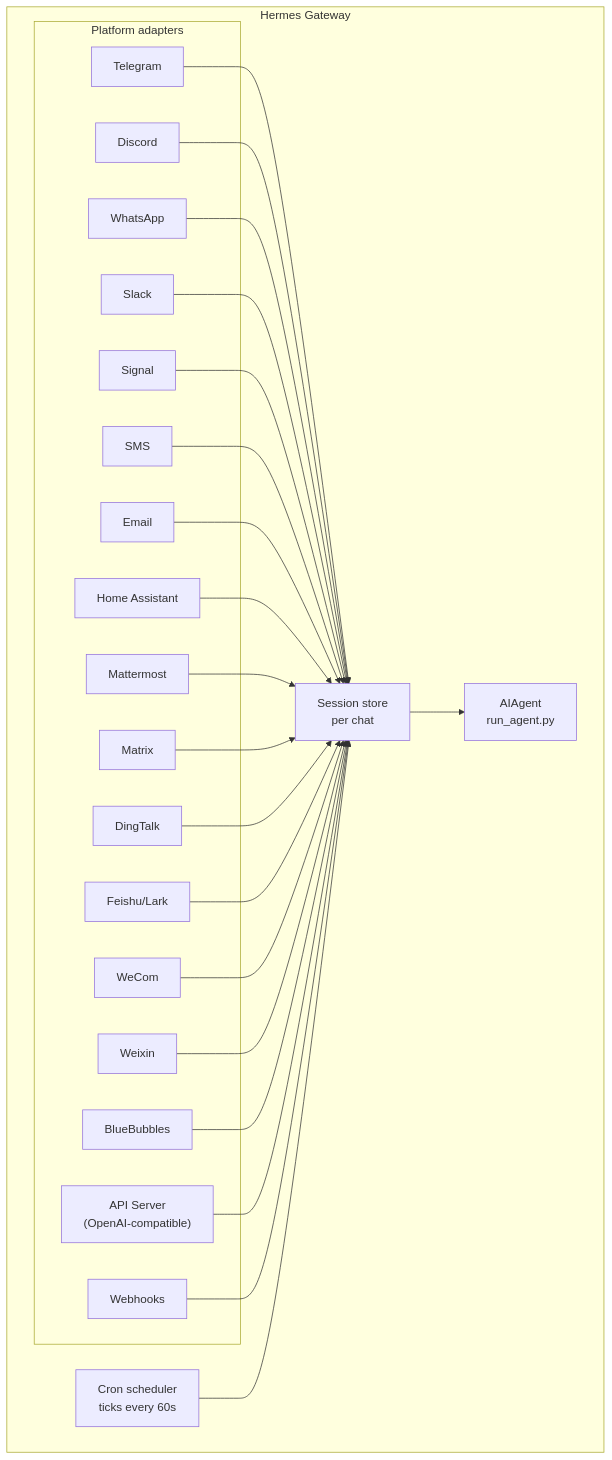
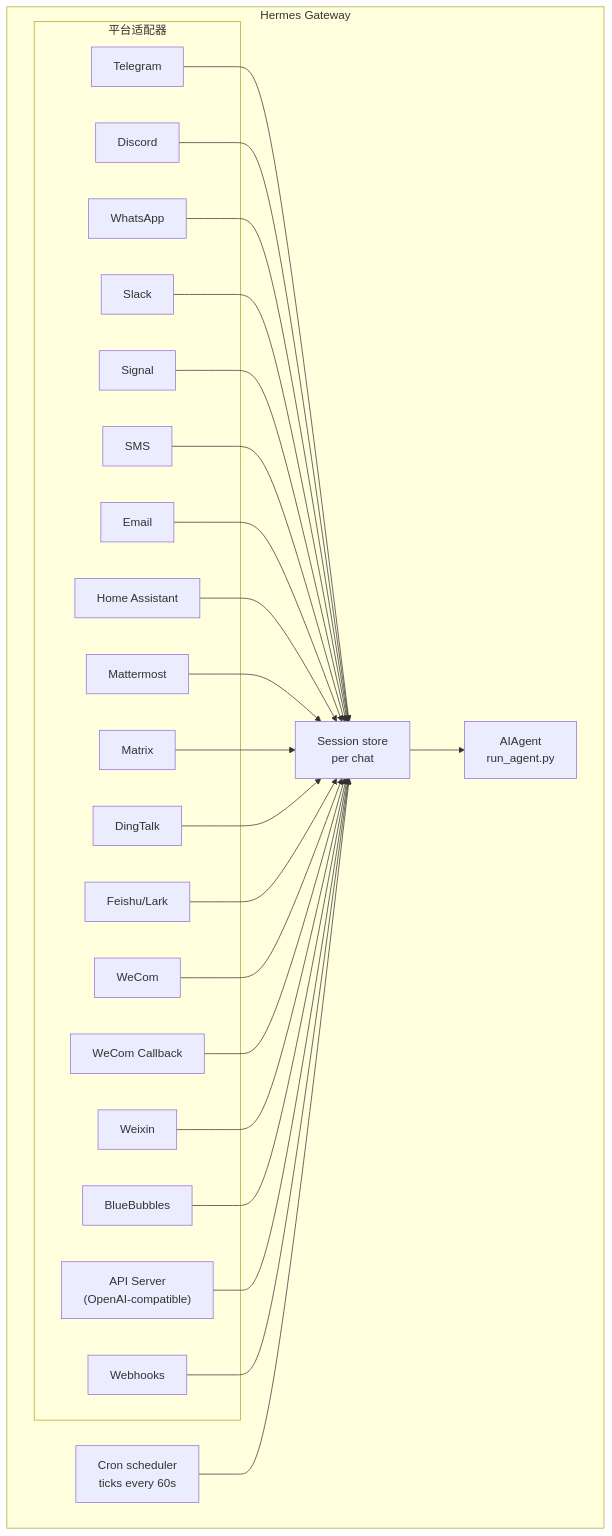
Before and after one commit to dracohu2025-cloud/hermes-agent: the diagram in site/docs/user-guide/messaging/index.md, drawn with Mermaid. The commit also changed other lines of this file and 46 other files, not shown here.

````diff
--- a/site/docs/user-guide/messaging/index.md
+++ b/site/docs/user-guide/messaging/index.md
@@ -37,48 +38,50 @@
 ```mermaid
 flowchart TB
     subgraph Gateway["Hermes Gateway"]
-        subgraph Adapters["Platform adapters"]
+        subgraph Adapters["平台适配器"]
             tg[Telegram]
             dc[Discord]
             wa[WhatsApp]
             sl[Slack]
             sig[Signal]
             sms[SMS]
             em[Email]
             ha[Home Assistant]
             mm[Mattermost]
             mx[Matrix]
             dt[DingTalk]
     fs[Feishu/Lark]
     wc[WeCom]
+    wcb[WeCom Callback]
     wx[Weixin]
     bb[BlueBubbles]
             api["API Server<br/>(OpenAI-compatible)"]
             wh[Webhooks]
         end
 
         store["Session store<br/>per chat"]
         agent["AIAgent<br/>run_agent.py"]
         cron["Cron scheduler<br/>ticks every 60s"]
     end
 
     tg --> store
     dc --> store
     wa --> store
     sl --> store
     sig --> store
     sms --> store
     em --> store
     ha --> store
     mm --> store
     mx --> store
     dt --> store
     fs --> store
     wc --> store
+    wcb --> store
     wx --> store
     bb --> store
     api --> store
     wh --> store
     store --> agent
     cron --> store
 ```
````
